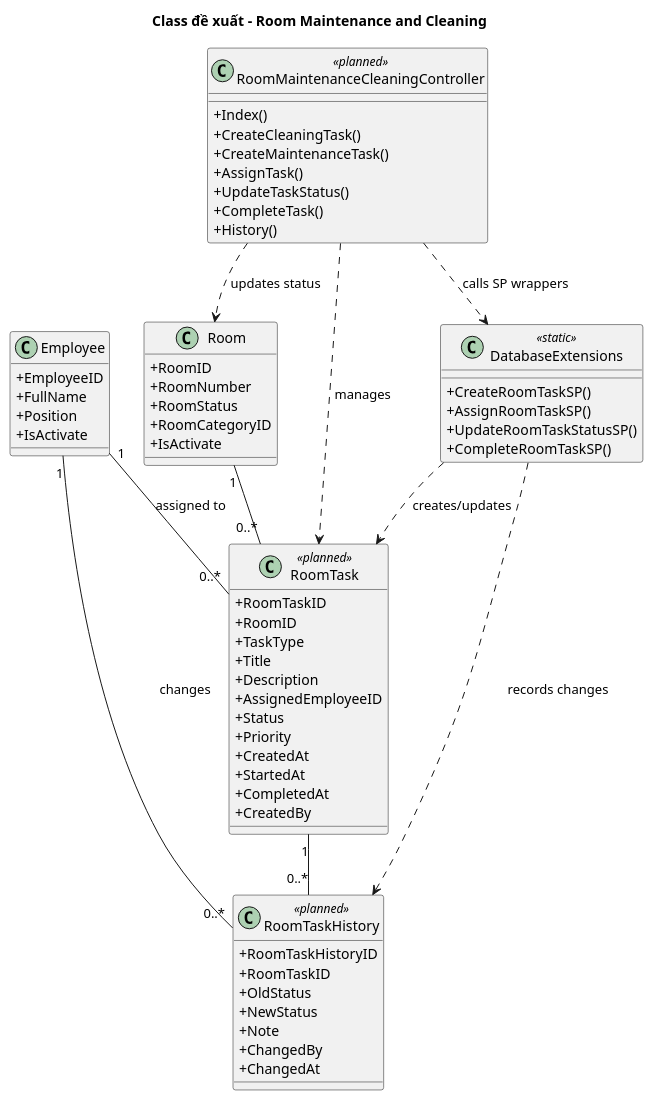
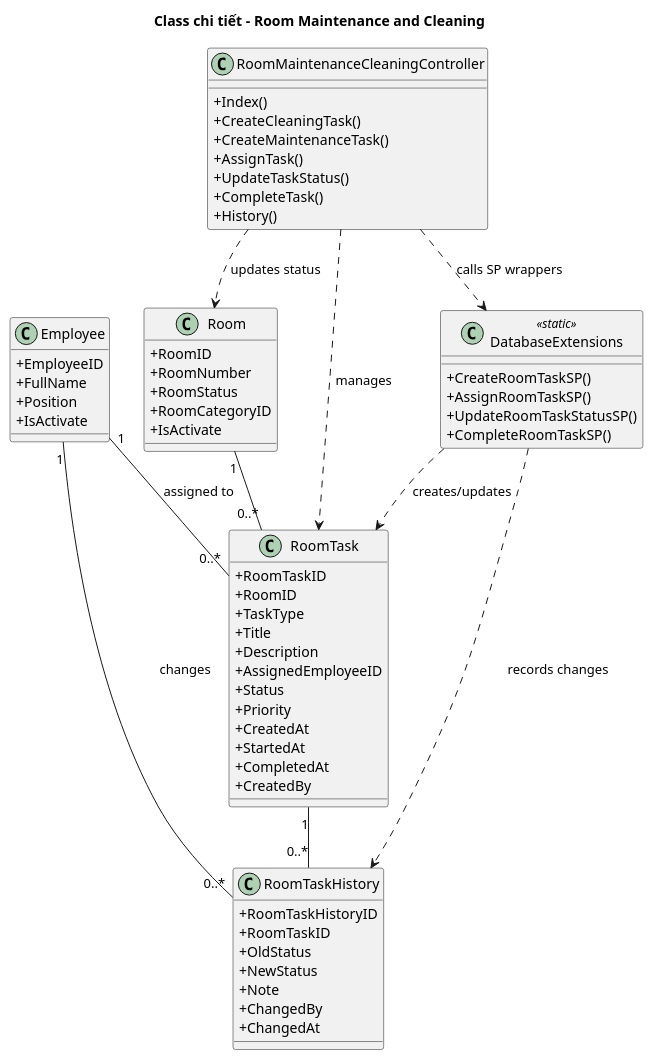
Before and after one commit to hieud3663/UHotel: the diagram in docs/uml/plantuml/class/Class_RoomMaintenanceCleaning.puml, drawn with PlantUML. The commit also changed 26 other files, not shown here.

```diff
--- a/docs/uml/plantuml/class/Class_RoomMaintenanceCleaning.puml
+++ b/docs/uml/plantuml/class/Class_RoomMaintenanceCleaning.puml
@@ -1,72 +1,72 @@
 @startuml Class_RoomMaintenanceCleaning
 skinparam shadowing false
 skinparam classAttributeIconSize 0
-title Class đề xuất - Room Maintenance and Cleaning
+title Class chi tiết - Room Maintenance and Cleaning
 
 class Room {
   +RoomID
   +RoomNumber
   +RoomStatus
   +RoomCategoryID
   +IsActivate
 }
 
 class Employee {
   +EmployeeID
   +FullName
   +Position
   +IsActivate
 }
 
-class RoomTask <<planned>> {
+class RoomTask {
   +RoomTaskID
   +RoomID
   +TaskType
   +Title
   +Description
   +AssignedEmployeeID
   +Status
   +Priority
   +CreatedAt
   +StartedAt
   +CompletedAt
   +CreatedBy
 }
 
-class RoomTaskHistory <<planned>> {
+class RoomTaskHistory {
   +RoomTaskHistoryID
   +RoomTaskID
   +OldStatus
   +NewStatus
   +Note
   +ChangedBy
   +ChangedAt
 }
 
-class RoomMaintenanceCleaningController <<planned>> {
+class RoomMaintenanceCleaningController {
   +Index()
   +CreateCleaningTask()
   +CreateMaintenanceTask()
   +AssignTask()
   +UpdateTaskStatus()
   +CompleteTask()
   +History()
 }
 
 class DatabaseExtensions <<static>> {
   +CreateRoomTaskSP()
   +AssignRoomTaskSP()
   +UpdateRoomTaskStatusSP()
   +CompleteRoomTaskSP()
 }
 
 Room "1" -- "0..*" RoomTask
 Employee "1" -- "0..*" RoomTask : assigned to
 Employee "1" -- "0..*" RoomTaskHistory : changes
 RoomTask "1" -- "0..*" RoomTaskHistory
 RoomMaintenanceCleaningController ..> Room : updates status
 RoomMaintenanceCleaningController ..> RoomTask : manages
 RoomMaintenanceCleaningController ..> DatabaseExtensions : calls SP wrappers
 DatabaseExtensions ..> RoomTask : creates/updates
 DatabaseExtensions ..> RoomTaskHistory : records changes
 @enduml
```
